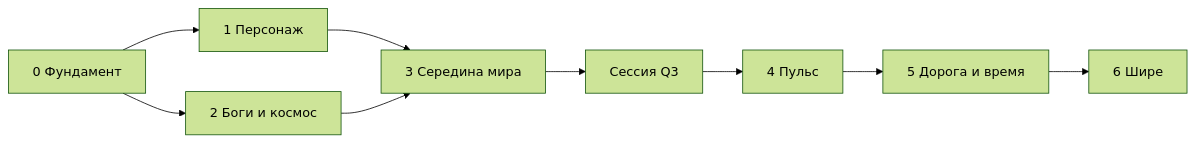
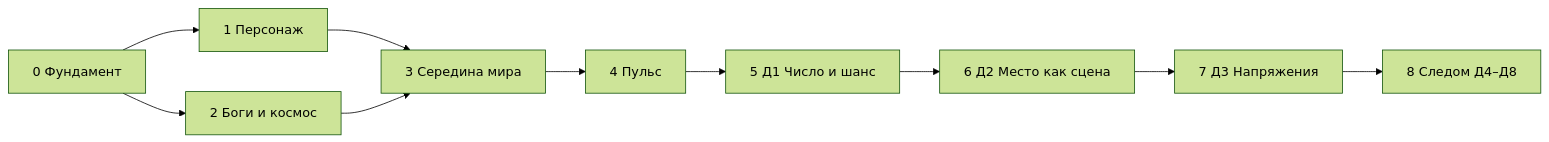
The diagram in ROADMAP.md (dmitry00-00/cockpit), drawn with Mermaid (forest theme) before and after one commit. The commit also changed other lines of this file and 1 other file, not shown here.

Commit message:
ROADMAP: этапы 5–7 под выбор владельца — Д1 число и шанс, Д2 место как сцена, Д3 напряжения; этап 8 — остальные направления

````diff
--- a/ROADMAP.md
+++ b/ROADMAP.md
@@ -103,11 +103,12 @@
 ```mermaid
 flowchart LR
   E0[0 Фундамент] --> E1[1 Персонаж]
   E0 --> E2[2 Боги и космос]
   E1 --> E3[3 Середина мира]
   E2 --> E3
-  E3 --> S[Сессия Q3]
-  S --> E4[4 Пульс]
-  E4 --> E5[5 Дорога и время]
-  E5 --> E6[6 Шире]
+  E3 --> E4[4 Пульс]
+  E4 --> D1[5 Д1 Число и шанс]
+  D1 --> D2[6 Д2 Место как сцена]
+  D2 --> D3[7 Д3 Напряжения]
+  D3 --> E8[8 Следом Д4–Д8]
 ```
````
